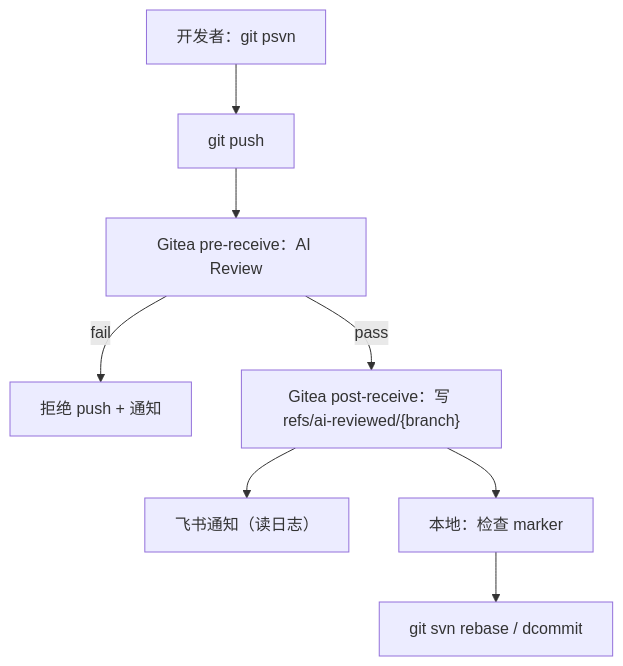
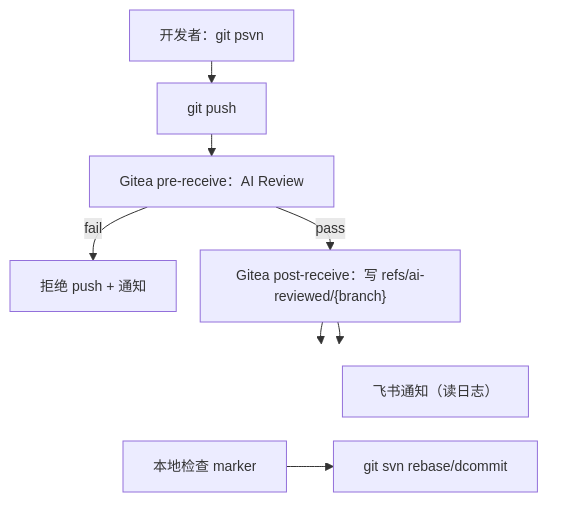
The diagram in talks/2025-12-26-ai-review-git-svn/src/slides.md (cycleccc/notes), drawn with Mermaid before and after one commit. The commit also changed other lines of this file and 1 other file, not shown here.

````diff
--- a/talks/2025-12-26-ai-review-git-svn/src/slides.md
+++ b/talks/2025-12-26-ai-review-git-svn/src/slides.md
@@ -154,10 +157,15 @@
 ```mermaid
+%%{init: {"flowchart": {"nodeSpacing": 24, "rankSpacing": 22}, "themeVariables": {"fontSize": "14px"}} }%%
 flowchart TD
-  A["开发者：git psvn"] --> B["git push"]
-  B --> C["Gitea pre-receive：AI Review"]
+  A["开发者：git psvn"] --> B["git push"] --> C["Gitea pre-receive：AI Review"]
   C -->|fail| D["拒绝 push + 通知"]
   C -->|pass| E["Gitea post-receive：写 refs/ai-reviewed/{branch}"]
-  E --> F["飞书通知（读日志）"]
-  E --> G["本地：检查 marker"]
-  G --> H["git svn rebase / dcommit"]
+  subgraph AFTER
+    direction LR
+    F["飞书通知（读日志）"]
+    G["本地检查 marker"] --> H["git svn rebase/dcommit"]
+  end
+  style AFTER fill:transparent,stroke:transparent,color:transparent
+  E --> F
+  E --> G
 ```
````
